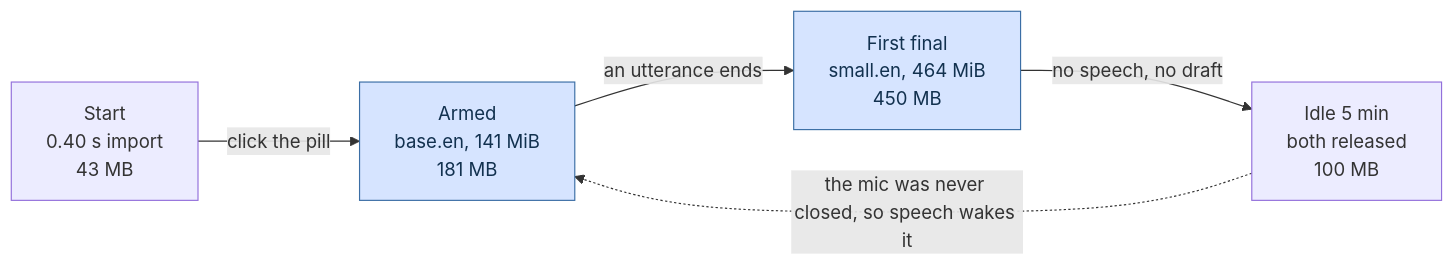
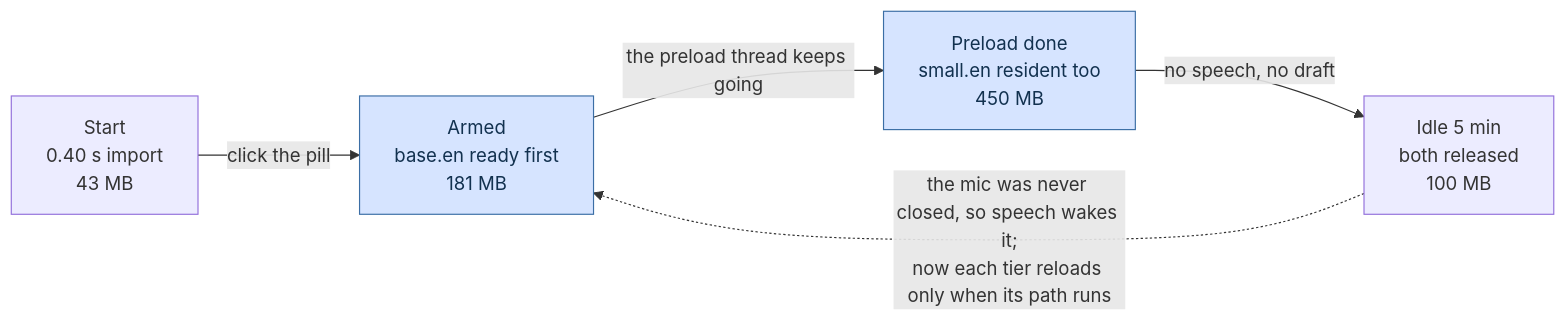
Before and after one commit to samartomar/flow: the second of 2 diagrams in docs/architecture.md, drawn with Mermaid. The commit also changed other lines of this file, not shown here.

Commit message:
Say what leaves the machine, and promise only what the code can keep

````diff
--- a/docs/architecture.md
+++ b/docs/architecture.md
@@ -258,13 +282,13 @@
 ```mermaid
 flowchart LR
     s1["Start<br/>0.40 s import<br/>43 MB"]
-    s2["Armed<br/>base.en, 141 MiB<br/>181 MB"]
-    s3["First final<br/>small.en, 464 MiB<br/>450 MB"]
+    s2["Armed<br/>base.en ready first<br/>181 MB"]
+    s3["Preload done<br/>small.en resident too<br/>450 MB"]
     s4["Idle 5 min<br/>both released<br/>100 MB"]
     s1 -->|"click the pill"| s2
-    s2 -->|"an utterance ends"| s3
+    s2 -->|"the preload thread keeps going"| s3
     s3 -->|"no speech, no draft"| s4
-    s4 -. "the mic was never closed, so speech wakes it" .-> s2
+    s4 -. "the mic was never closed, so speech wakes it;<br/>now each tier reloads only when its path runs" .-> s2
     classDef heavy fill:#d6e4ff,stroke:#3b6ea5,color:#12314f
     class s2,s3 heavy
 ```
````
